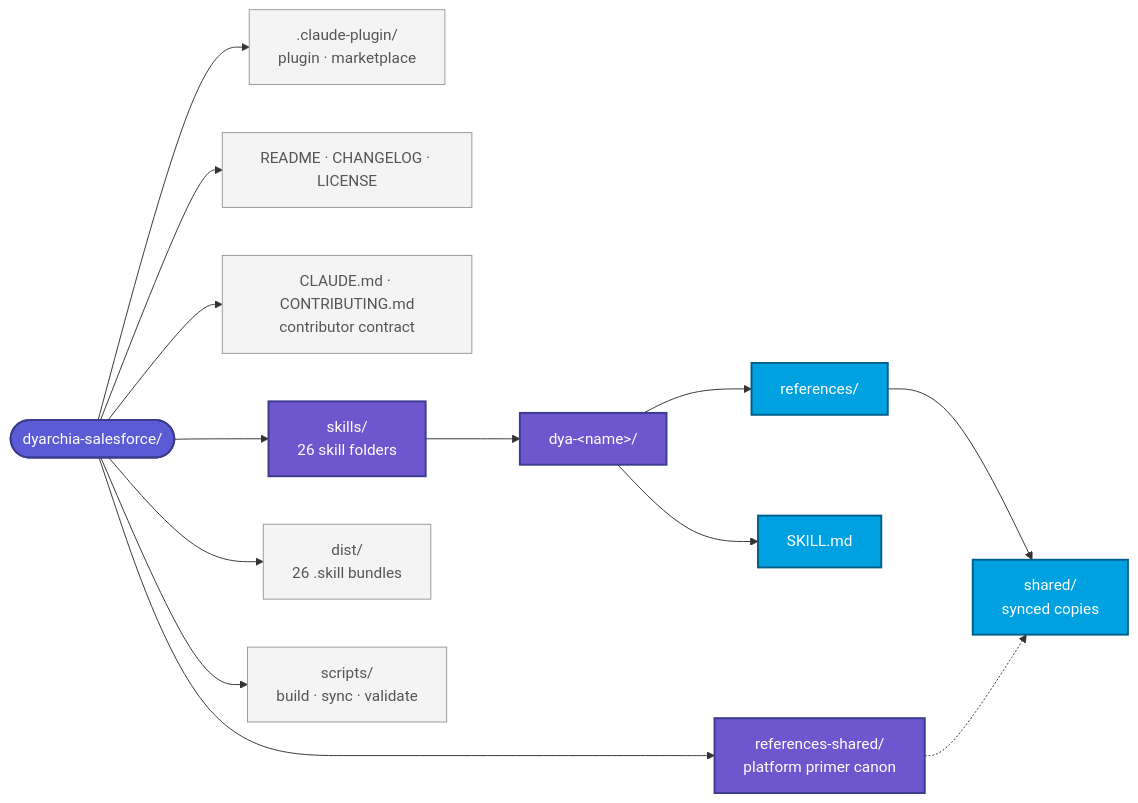
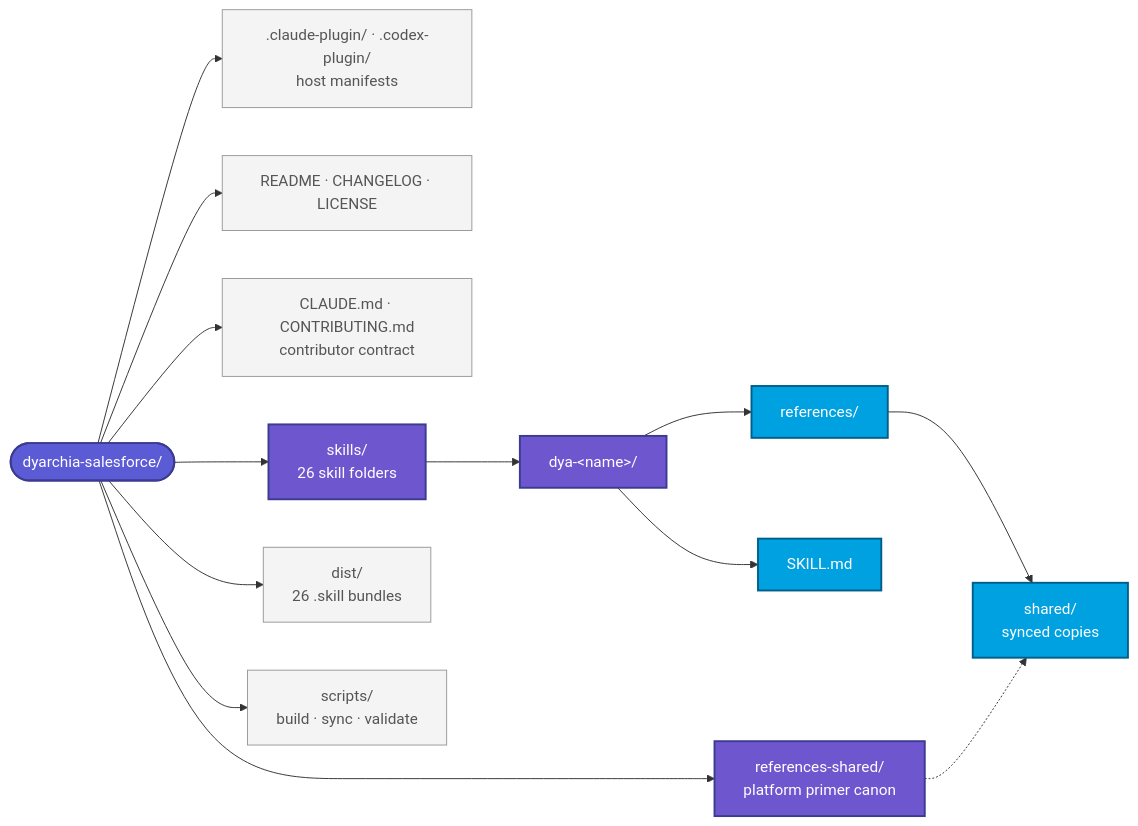
One commit to Dyarchia/dyarchia-salesforce changed the first of 3 diagrams in README.md. Above: the diagram before and after it, drawn with Mermaid. The commit also changed other lines of this file and 6 other files, not shown here.

````diff
--- a/README.md
+++ b/README.md
@@ -96,27 +96,27 @@
 ```mermaid
 graph LR
     Root([dyarchia-salesforce/])
-    Root --> Plugin[".claude-plugin/<br/>plugin · marketplace"]
+    Root --> Plugin[".claude-plugin/ · .codex-plugin/<br/>host manifests"]
     Root --> Meta["README · CHANGELOG · LICENSE"]
     Root --> Contract["CLAUDE.md · CONTRIBUTING.md<br/>contributor contract"]
     Root --> SK["skills/<br/>26 skill folders"]
     Root --> Shared["references-shared/<br/>platform primer canon"]
     Root --> Dist["dist/<br/>26 .skill bundles"]
     Root --> Scripts["scripts/<br/>build · sync · validate"]
 
     SK --> Skill["dya-&lt;name&gt;/"]
     Skill --> SM["SKILL.md"]
     Skill --> Refs["references/"]
     Refs --> SharedRefs["shared/<br/>synced copies"]
     Shared -.-> SharedRefs
 
     classDef root fill:#5B5BD6,stroke:#3B3B8F,color:#fff,stroke-width:2px
     classDef domainFolder fill:#6E56CF,stroke:#3B3B8F,color:#fff,stroke-width:2px
     classDef skillFolder fill:#00A1E0,stroke:#005F8A,color:#fff,stroke-width:2px
     classDef meta fill:#F4F4F4,stroke:#999,color:#555
 
     class Root root
     class SK,Skill,Shared domainFolder
     class SM,Refs,SharedRefs skillFolder
     class Plugin,Meta,Contract,Dist,Scripts meta
 ```
````
